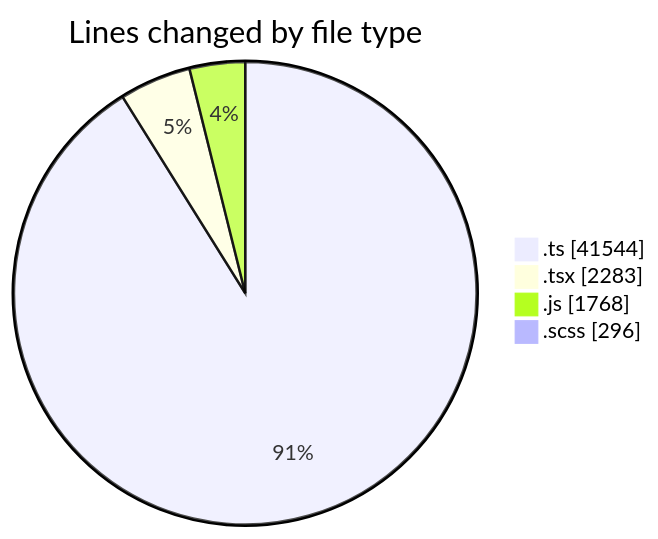
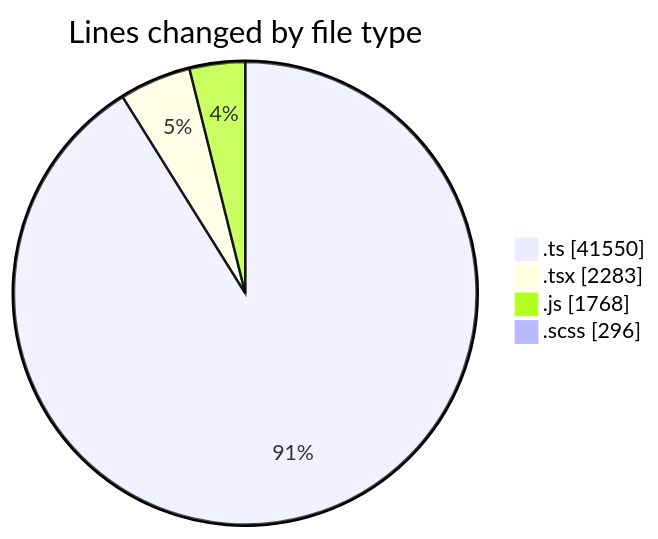
One commit to momahboobian/code-tracking changed the first of 2 diagrams in 2025-06-23/cda/README.md. Above: the diagram before and after it, drawn with Mermaid. The commit also changed other lines of this file and 1 other file, not shown here.

````diff
--- a/2025-06-23/cda/README.md
+++ b/2025-06-23/cda/README.md
@@ -39,8 +39,8 @@
 ```mermaid
 pie showData
 title Lines changed by file type
-".ts" : 41544
+".ts" : 41550
 ".tsx" : 2283
 ".js" : 1768
 ".scss" : 296
 ```
````
